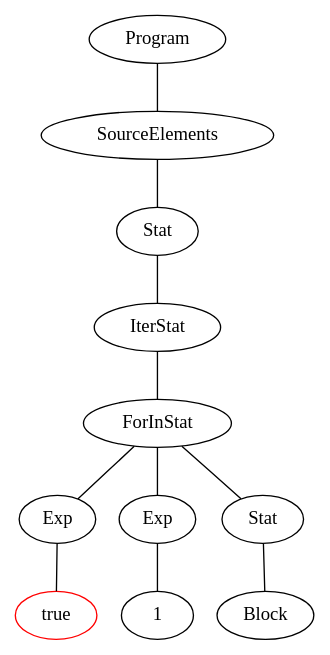
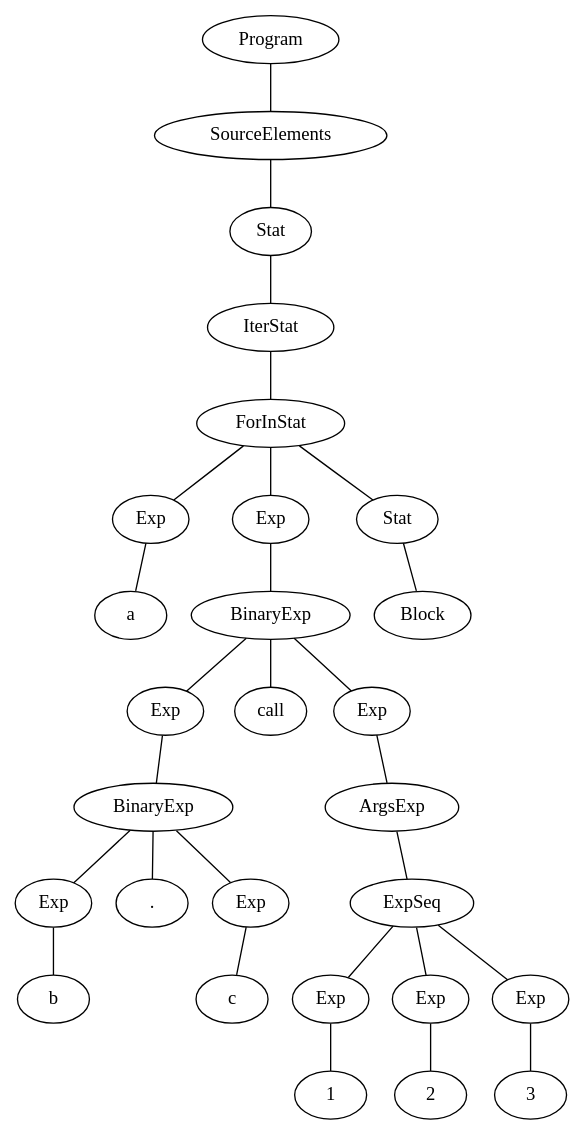
The diagram in resource/parser/iter/forin/01.ts.dot (theSprog/KTS), drawn with Graphviz before and after one commit. The commit also changed 36 other files, not shown here.

```diff
--- a/resource/parser/iter/forin/01.ts.dot
+++ b/resource/parser/iter/forin/01.ts.dot
@@ -1,23 +1,57 @@
 graph vis {
-	node511[label="Program"]
-	node511 -- node510
-	node510[label="SourceElements"]
-	node510 -- node509
-	node509[label="Stat"]
-	node509 -- node508
-	node508[label="IterStat"]
-	node508 -- node507
-	node507[label="ForInStat"]
-	node507 -- node502
-	node502[label="Exp"]
-	node502 -- node501
-	node501[label="true", color=red]
-	node507 -- node504
-	node504[label="Exp"]
-	node504 -- node503
-	node503[label="1"]
-	node507 -- node506
-	node506[label="Stat"]
-	node506 -- node505
-	node505[label="Block"]
+	node655[label="Program"]
+	node655 -- node654
+	node654[label="SourceElements"]
+	node654 -- node653
+	node653[label="Stat"]
+	node653 -- node652
+	node652[label="IterStat"]
+	node652 -- node651
+	node651[label="ForInStat"]
+	node651 -- node629
+	node629[label="Exp"]
+	node629 -- node628
+	node628[label="a"]
+	node651 -- node648
+	node648[label="Exp"]
+	node648 -- node647
+	node647[label="BinaryExp"]
+	node647 -- node645
+	node645[label="Exp"]
+	node645 -- node644
+	node644[label="BinaryExp"]
+	node644 -- node631
+	node631[label="Exp"]
+	node631 -- node630
+	node630[label="b"]
+	node644 -- node643
+	node643[label="."]
+	node644 -- node633
+	node633[label="Exp"]
+	node633 -- node632
+	node632[label="c"]
+	node647 -- node646
+	node646[label="call"]
+	node647 -- node642
+	node642[label="Exp"]
+	node642 -- node641
+	node641[label="ArgsExp"]
+	node641 -- node640
+	node640[label="ExpSeq"]
+	node640 -- node635
+	node635[label="Exp"]
+	node635 -- node634
+	node634[label="1"]
+	node640 -- node637
+	node637[label="Exp"]
+	node637 -- node636
+	node636[label="2"]
+	node640 -- node639
+	node639[label="Exp"]
+	node639 -- node638
+	node638[label="3"]
+	node651 -- node650
+	node650[label="Stat"]
+	node650 -- node649
+	node649[label="Block"]
 }
```
